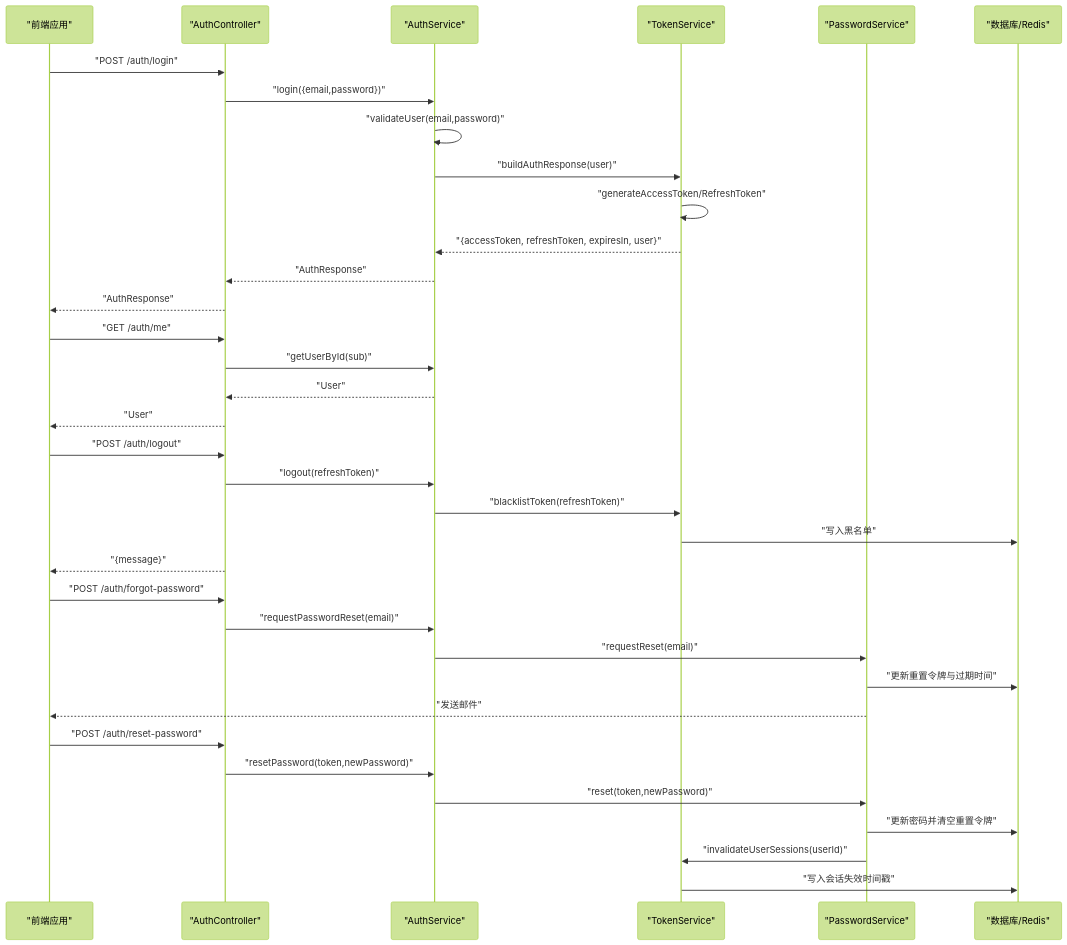
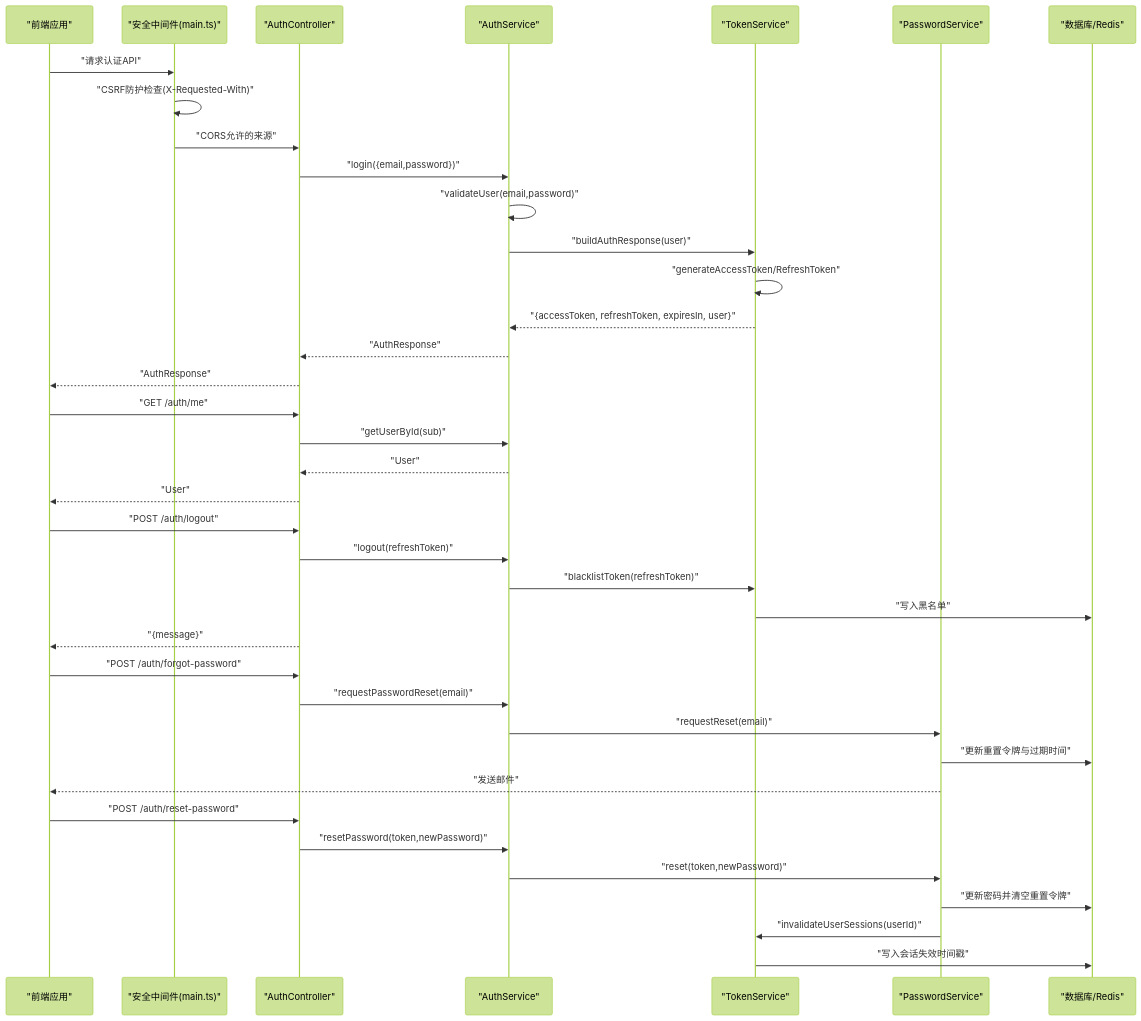
The second of 10 diagrams in .qoder/repowiki/zh/content/核心模块/用户认证系统/用户认证系统.md (xixixiaoyu/Todo), drawn with Mermaid (forest theme) before and after one commit. The commit also changed other lines of this file and 6 other files, not shown here.

````diff
--- a/.qoder/repowiki/zh/content/核心模块/用户认证系统/用户认证系统.md
+++ b/.qoder/repowiki/zh/content/核心模块/用户认证系统/用户认证系统.md
@@ -149,37 +188,40 @@
 ```mermaid
 sequenceDiagram
 participant FE as "前端应用"
+participant MAIN as "安全中间件(main.ts)"
 participant AC as "AuthController"
 participant AS as "AuthService"
 participant TS as "TokenService"
 participant PS as "PasswordService"
 participant DB as "数据库/Redis"
-FE->>AC : "POST /auth/login"
+FE->>MAIN : "请求认证API"
+MAIN->>MAIN : "CSRF防护检查(X-Requested-With)"
+MAIN->>AC : "CORS允许的来源"
 AC->>AS : "login({email,password})"
 AS->>AS : "validateUser(email,password)"
 AS->>TS : "buildAuthResponse(user)"
 TS->>TS : "generateAccessToken/RefreshToken"
 TS-->>AS : "{accessToken, refreshToken, expiresIn, user}"
 AS-->>AC : "AuthResponse"
 AC-->>FE : "AuthResponse"
 FE->>AC : "GET /auth/me"
 AC->>AS : "getUserById(sub)"
 AS-->>AC : "User"
 AC-->>FE : "User"
 FE->>AC : "POST /auth/logout"
 AC->>AS : "logout(refreshToken)"
 AS->>TS : "blacklistToken(refreshToken)"
 TS->>DB : "写入黑名单"
 AC-->>FE : "{message}"
 FE->>AC : "POST /auth/forgot-password"
 AC->>AS : "requestPasswordReset(email)"
 AS->>PS : "requestReset(email)"
 PS->>DB : "更新重置令牌与过期时间"
 PS-->>FE : "发送邮件"
 FE->>AC : "POST /auth/reset-password"
 AC->>AS : "resetPassword(token,newPassword)"
 AS->>PS : "reset(token,newPassword)"
 PS->>DB : "更新密码并清空重置令牌"
 PS->>TS : "invalidateUserSessions(userId)"
 TS->>DB : "写入会话失效时间戳"
 ```
````
